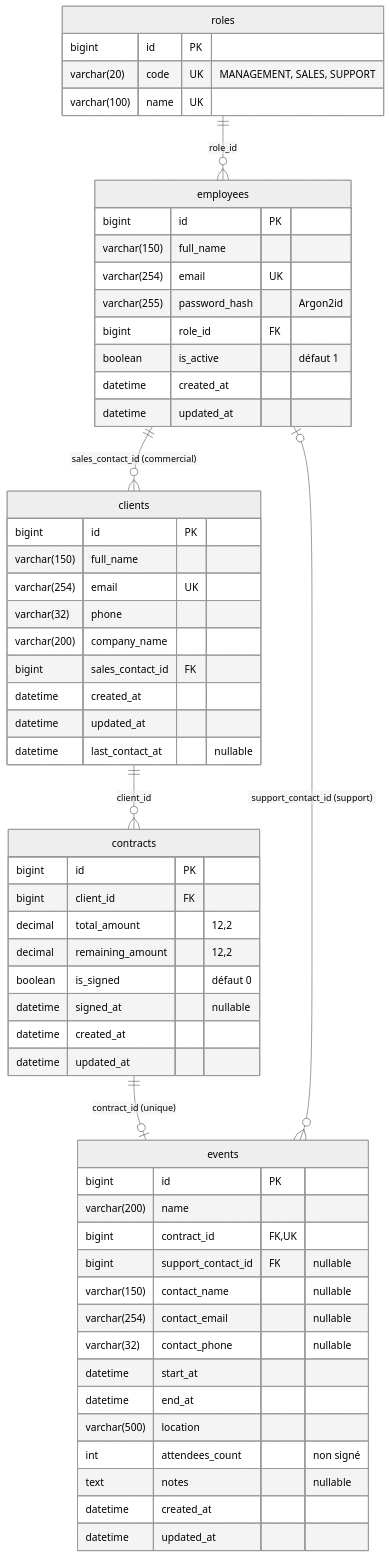
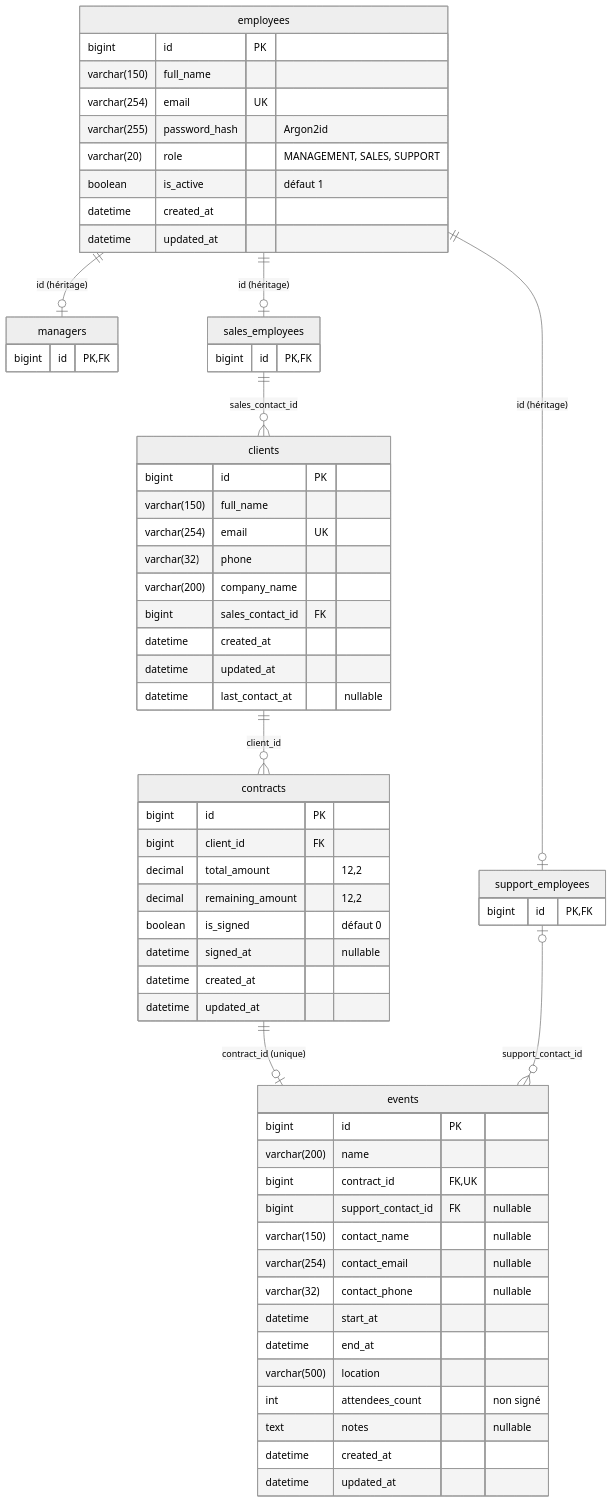
Before and after one commit to AoHaneX/-Epic-Events: the diagram in docs/database-schema.md, drawn with Mermaid (neutral theme). The commit also changed other lines of this file and 16 other files, not shown here.

First line of the commit message:
refactor: model employees with inheritance instead of a roles table

````diff
--- a/docs/database-schema.md
+++ b/docs/database-schema.md
@@ -8,65 +15,73 @@
 ```mermaid
 erDiagram
-    roles ||--o{ employees : "role_id"
-    employees ||--o{ clients : "sales_contact_id (commercial)"
+    employees ||--o| managers : "id (héritage)"
+    employees ||--o| sales_employees : "id (héritage)"
+    employees ||--o| support_employees : "id (héritage)"
+    sales_employees ||--o{ clients : "sales_contact_id"
     clients ||--o{ contracts : "client_id"
     contracts ||--o| events : "contract_id (unique)"
-    employees |o--o{ events : "support_contact_id (support)"
-
-    roles {
-        bigint id PK
-        varchar(20) code UK "MANAGEMENT, SALES, SUPPORT"
-        varchar(100) name UK
-    }
+    support_employees |o--o{ events : "support_contact_id"
 
     employees {
         bigint id PK
         varchar(150) full_name
         varchar(254) email UK
         varchar(255) password_hash "Argon2id"
-        bigint role_id FK
+        varchar(20) role "MANAGEMENT, SALES, SUPPORT"
         boolean is_active "défaut 1"
         datetime created_at
         datetime updated_at
+    }
+
+    managers {
+        bigint id PK, FK
+    }
+
+    sales_employees {
+        bigint id PK, FK
+    }
+
+    support_employees {
+        bigint id PK, FK
     }
 
     clients {
         bigint id PK
         varchar(150) full_name
         varchar(254) email UK
         varchar(32) phone
         varchar(200) company_name
         bigint sales_contact_id FK
         datetime created_at
         datetime updated_at
         datetime last_contact_at "nullable"
     }
 
     contracts {
         bigint id PK
         bigint client_id FK
         decimal total_amount "12,2"
         decimal remaining_amount "12,2"
         boolean is_signed "défaut 0"
         datetime signed_at "nullable"
         datetime created_at
         datetime updated_at
     }
 
     events {
         bigint id PK
         varchar(200) name
         bigint contract_id FK, UK
         bigint support_contact_id FK "nullable"
         varchar(150) contact_name "nullable"
         varchar(254) contact_email "nullable"
         varchar(32) contact_phone "nullable"
         datetime start_at
         datetime end_at
         varchar(500) location
         int attendees_count "non signé"
         text notes "nullable"
         datetime created_at
         datetime updated_at
     }
 ```
````
